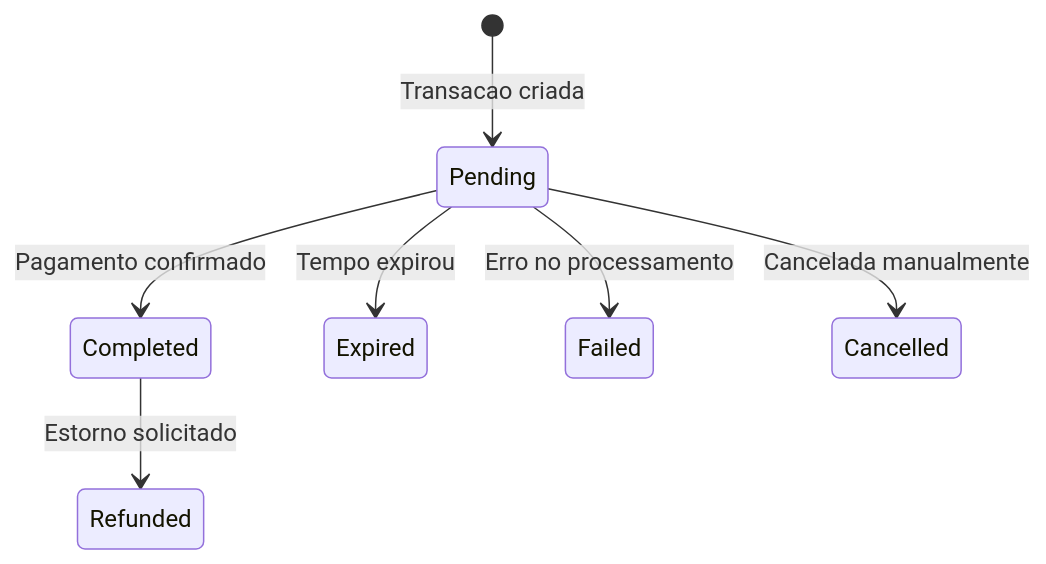
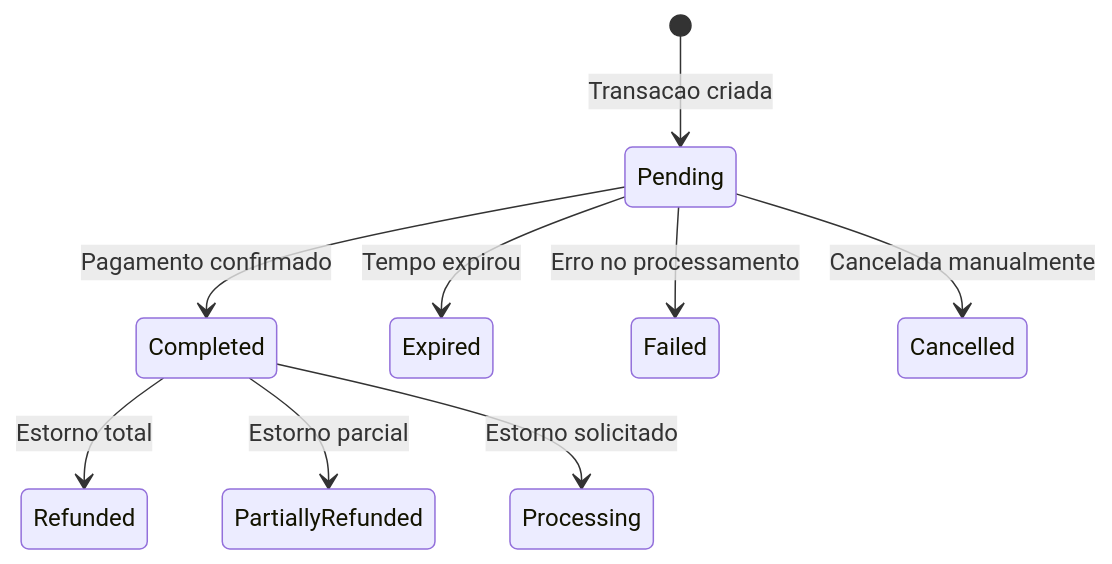
Before and after one commit to Safefy-Pay/docs: the second of 2 diagrams in webhooks.mdx, drawn with Mermaid. The commit also changed other lines of this file and 5 other files, not shown here.

````diff
--- a/webhooks.mdx
+++ b/webhooks.mdx
@@ -50,9 +46,11 @@
 ```mermaid
 stateDiagram-v2
     [*] --> Pending: Transacao criada
     Pending --> Completed: Pagamento confirmado
     Pending --> Expired: Tempo expirou
     Pending --> Failed: Erro no processamento
     Pending --> Cancelled: Cancelada manualmente
-    Completed --> Refunded: Estorno solicitado
+    Completed --> Refunded: Estorno total
+    Completed --> PartiallyRefunded: Estorno parcial
+    Completed --> Processing: Estorno solicitado
 ```
````
